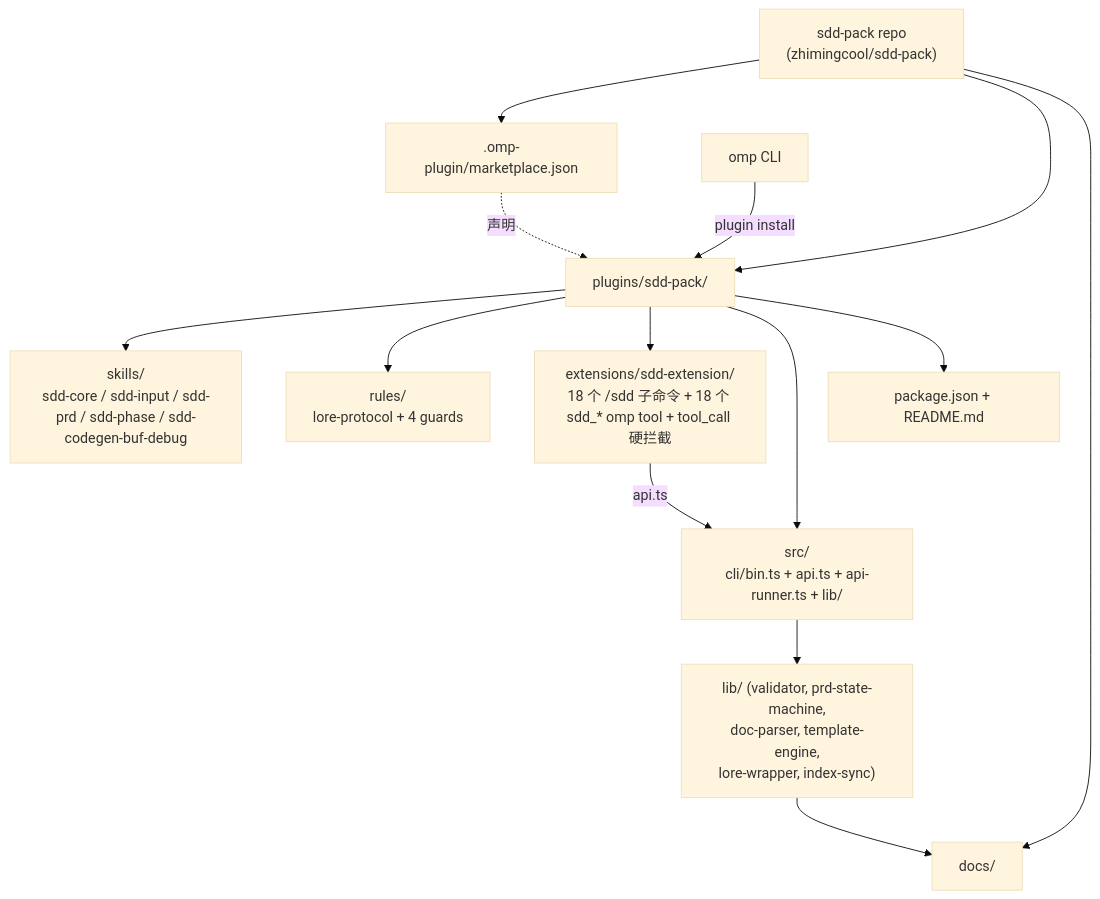
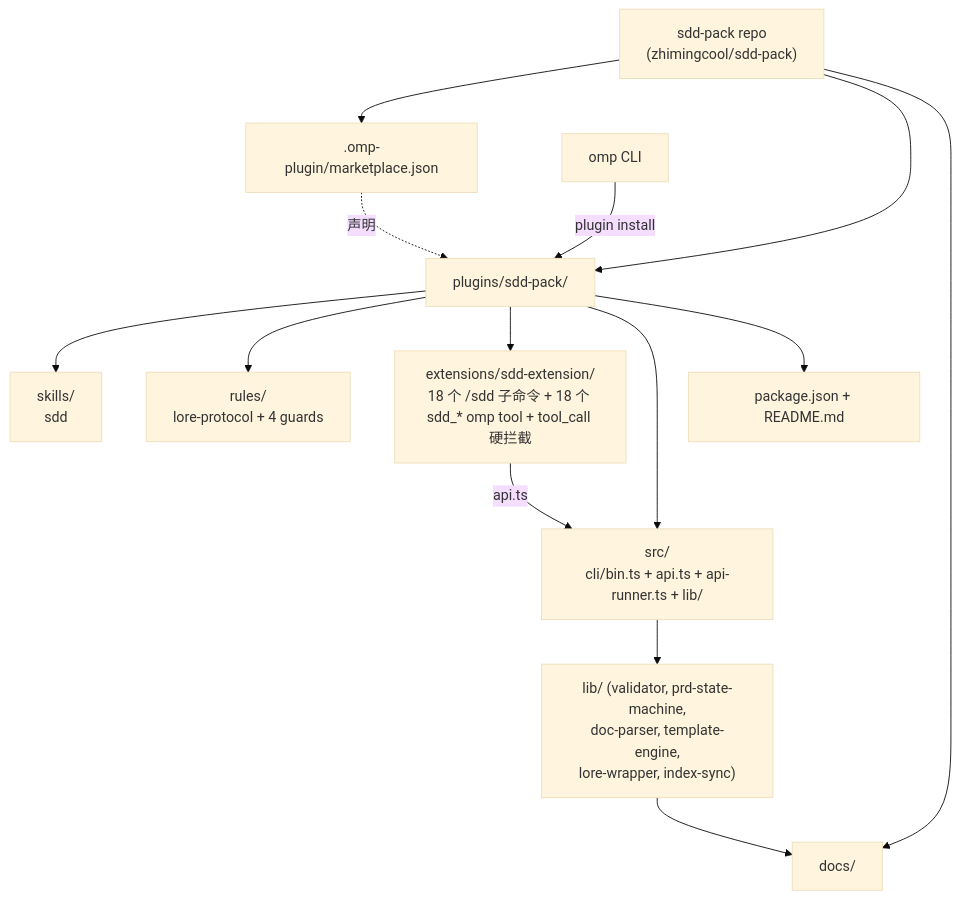
The first of 2 diagrams in docs/architecture/overview.md (Norman-pong/sdd-pack), drawn with Mermaid (base theme) before and after one commit. The commit also changed other lines of this file and 59 other files, not shown here.

````diff
--- a/docs/architecture/overview.md
+++ b/docs/architecture/overview.md
@@ -28,19 +28,19 @@
 ```mermaid
 graph TB
     Repo["sdd-pack repo<br/>(zhimingcool/sdd-pack)"] --> Catalog[".omp-plugin/marketplace.json"]
     Repo --> Plugin["plugins/sdd-pack/"]
     Repo --> Docs["docs/"]
 
-    Plugin --> Skills["skills/<br/>sdd-core / sdd-input / sdd-prd / sdd-phase / sdd-codegen-buf-debug"]
+    Plugin --> Skills["skills/<br/>sdd"]
     Plugin --> Rules["rules/<br/>lore-protocol + 4 guards"]
     Plugin --> Ext["extensions/sdd-extension/<br/>18 个 /sdd 子命令 + 18 个 sdd_* omp tool + tool_call 硬拦截"]
     Plugin --> Src["src/<br/>cli/bin.ts + api.ts + api-runner.ts + lib/"]
     Plugin --> Manifest["package.json + README.md"]
 
     Catalog -.声明.-> Plugin
     OMP["omp CLI"] -->|plugin install| Plugin
 
     Ext -->|api.ts| Src
     Src --> Lib["lib/ (validator, prd-state-machine,<br/>doc-parser, template-engine,<br/>lore-wrapper, index-sync)"]
     Lib --> Docs
 ```
````
